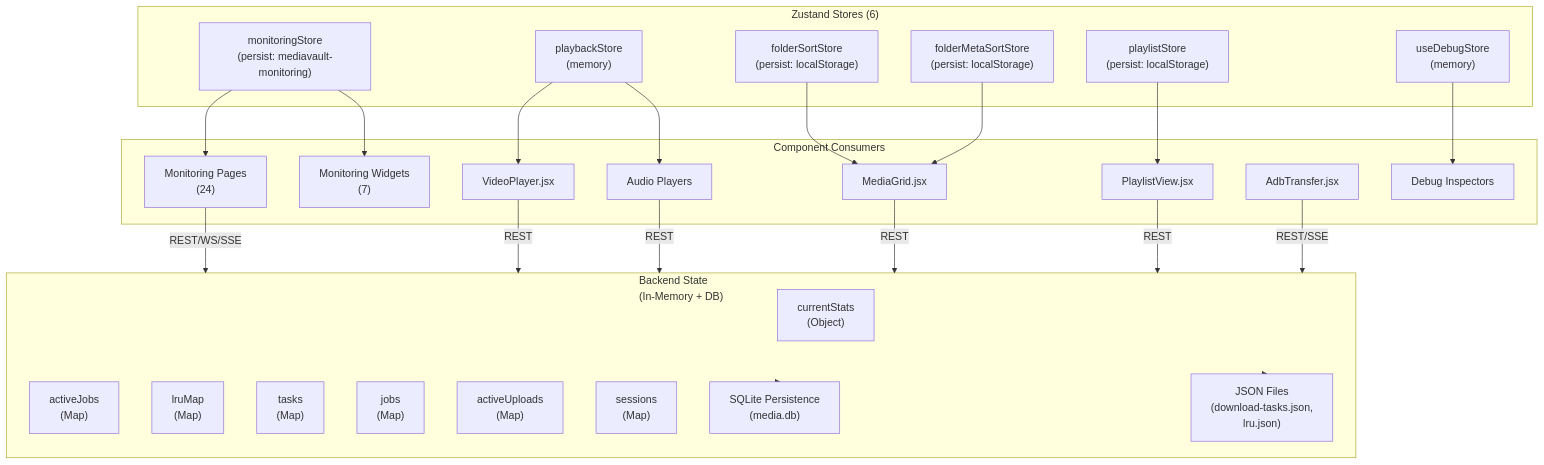
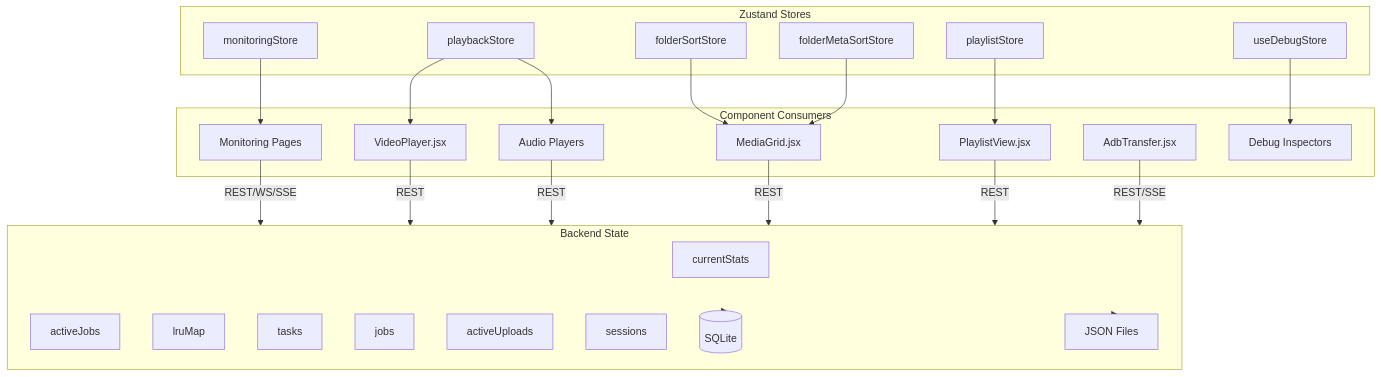
Before and after one commit to NE2KO/Neko2Neko: diagram 14 of 35 in TECHNICAL_DOCUMENTATION.md, drawn with Mermaid. The commit also changed other lines of this file, not shown here.

Commit message:
fix: simplify messy mermaid layouts and reduce long connector lines

````diff
--- a/TECHNICAL_DOCUMENTATION.md
+++ b/TECHNICAL_DOCUMENTATION.md
@@ -1156,53 +1012,51 @@
 ```mermaid
 flowchart TB
-    subgraph Stores["Zustand Stores (6)"]
-        MS["monitoringStore\n(persist: mediavault-monitoring)"]
-        PS["playbackStore\n(memory)"]
-        PLS["playlistStore\n(persist: localStorage)"]
-        FSS["folderSortStore\n(persist: localStorage)"]
-        FMSS["folderMetaSortStore\n(persist: localStorage)"]
-        DS["useDebugStore\n(memory)"]
+    subgraph Stores["Zustand Stores"]
+        MS["monitoringStore"]
+        PS["playbackStore"]
+        PLS["playlistStore"]
+        FSS["folderSortStore"]
+        FMSS["folderMetaSortStore"]
+        DS["useDebugStore"]
     end
 
     subgraph Components["Component Consumers"]
-        Monitoring["Monitoring Pages\n(24)"]
-        MonitoringWidgets["Monitoring Widgets\n(7)"]
+        Monitoring["Monitoring Pages"]
         VideoPlayer["VideoPlayer.jsx"]
         AudioPlayer["Audio Players"]
         MediaGrid["MediaGrid.jsx"]
         PlaylistView["PlaylistView.jsx"]
         AdbTransfer["AdbTransfer.jsx"]
         Debug["Debug Inspectors"]
     end
 
-    subgraph Backend["Backend State\n(In-Memory + DB)"]
-        Stats["currentStats\n(Object)"]
-        ActiveJobs["activeJobs\n(Map)"]
-        LRU["lruMap\n(Map)"]
-        Tasks["tasks\n(Map)"]
-        Jobs["jobs\n(Map)"]
-        Uploads["activeUploads\n(Map)"]
-        Sessions["sessions\n(Map)"]
-        DB_State["SQLite Persistence\n(media.db)"]
-        JSON_State["JSON Files\n(download-tasks.json,\nlru.json)"]
+    subgraph Backend["Backend State"]
+        Stats["currentStats"]
+        ActiveJobs["activeJobs"]
+        LRU["lruMap"]
+        Tasks["tasks"]
+        Jobs["jobs"]
+        Uploads["activeUploads"]
+        Sessions["sessions"]
+        DB[("SQLite")]
+        JSON["JSON Files"]
     end
 
     MS --> Monitoring
-    MS --> MonitoringWidgets
     PS --> VideoPlayer
     PS --> AudioPlayer
     PLS --> PlaylistView
     FSS --> MediaGrid
     FMSS --> MediaGrid
     DS --> Debug
 
     Monitoring -->|REST/WS/SSE| Backend
     VideoPlayer -->|REST| Backend
     AudioPlayer -->|REST| Backend
     MediaGrid -->|REST| Backend
     PlaylistView -->|REST| Backend
     AdbTransfer -->|REST/SSE| Backend
 
-    Backend --> DB_State
-    Backend --> JSON_State
+    Backend --> DB
+    Backend --> JSON
 ```
````
